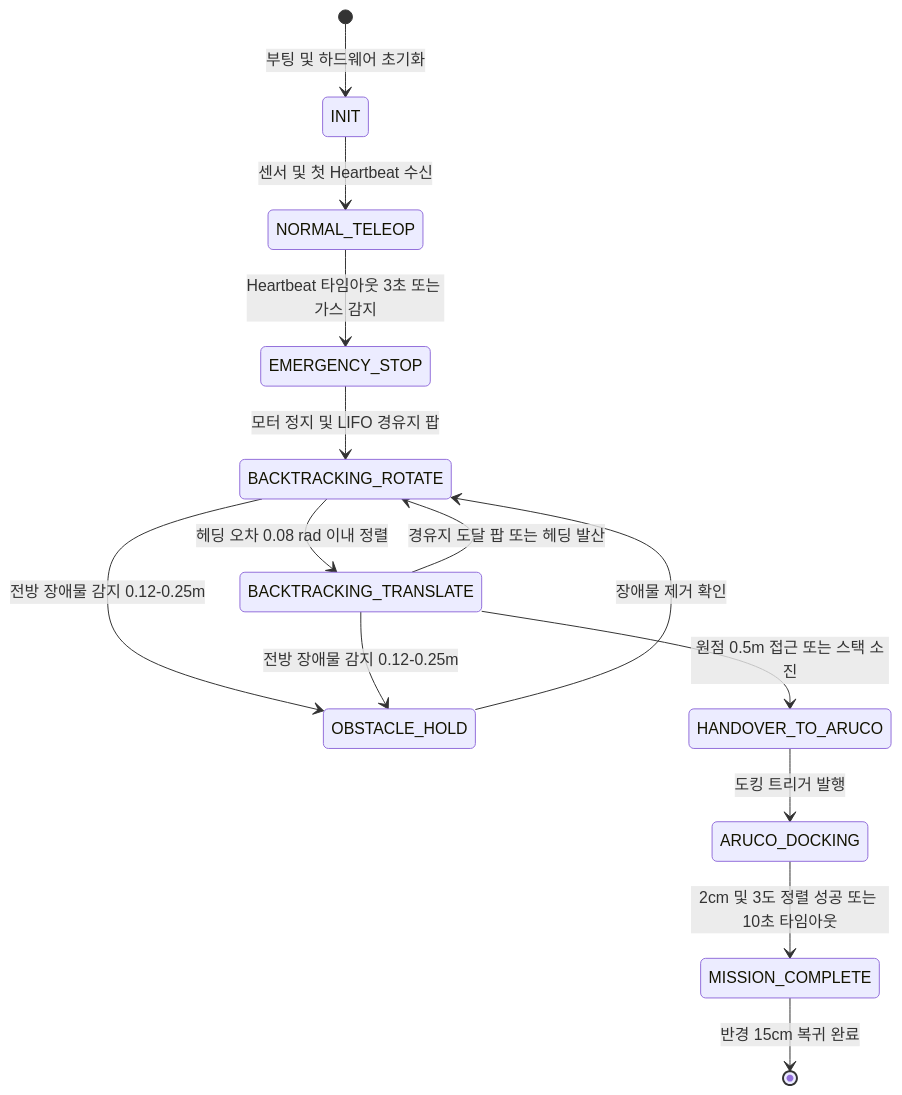
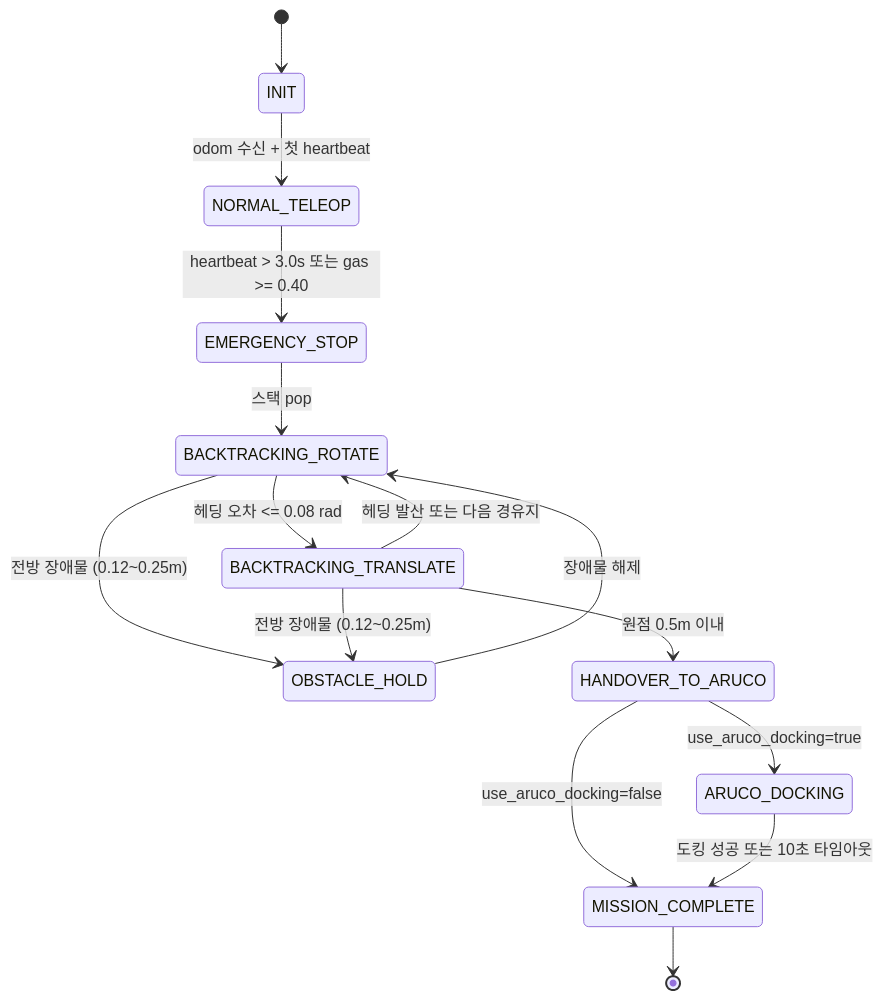
One commit to rjw136-lab/disaster_recovery_ws changed the second of 2 diagrams in docs/DISASTER_RECOVERY_GUIDEBOOK.md. Above: the diagram before and after it, drawn with Mermaid. The commit also changed other lines of this file, not shown here.

Commit message:
fix(docs): Restore valid MathJax block delimiters and clean Mermaid flowcharts

````diff
--- a/docs/DISASTER_RECOVERY_GUIDEBOOK.md
+++ b/docs/DISASTER_RECOVERY_GUIDEBOOK.md
@@ -115,16 +105,17 @@
 ```mermaid
 stateDiagram-v2
-    [*] --> INIT: 부팅 및 하드웨어 초기화
-    INIT --> NORMAL_TELEOP: 센서 및 첫 Heartbeat 수신
-    NORMAL_TELEOP --> EMERGENCY_STOP: Heartbeat 타임아웃 3초 또는 가스 감지
-    EMERGENCY_STOP --> BACKTRACKING_ROTATE: 모터 정지 및 LIFO 경유지 팝
-    BACKTRACKING_ROTATE --> BACKTRACKING_TRANSLATE: 헤딩 오차 0.08 rad 이내 정렬
-    BACKTRACKING_TRANSLATE --> BACKTRACKING_ROTATE: 경유지 도달 팝 또는 헤딩 발산
-    BACKTRACKING_ROTATE --> OBSTACLE_HOLD: 전방 장애물 감지 0.12-0.25m
-    BACKTRACKING_TRANSLATE --> OBSTACLE_HOLD: 전방 장애물 감지 0.12-0.25m
-    OBSTACLE_HOLD --> BACKTRACKING_ROTATE: 장애물 제거 확인
-    BACKTRACKING_TRANSLATE --> HANDOVER_TO_ARUCO: 원점 0.5m 접근 또는 스택 소진
-    HANDOVER_TO_ARUCO --> ARUCO_DOCKING: 도킹 트리거 발행
-    ARUCO_DOCKING --> MISSION_COMPLETE: 2cm 및 3도 정렬 성공 또는 10초 타임아웃
-    MISSION_COMPLETE --> [*]: 반경 15cm 복귀 완료
+    [*] --> INIT
+    INIT --> NORMAL_TELEOP: odom 수신 + 첫 heartbeat
+    NORMAL_TELEOP --> EMERGENCY_STOP: heartbeat > 3.0s 또는 gas >= 0.40
+    EMERGENCY_STOP --> BACKTRACKING_ROTATE: 스택 pop
+    BACKTRACKING_ROTATE --> BACKTRACKING_TRANSLATE: 헤딩 오차 <= 0.08 rad
+    BACKTRACKING_TRANSLATE --> BACKTRACKING_ROTATE: 헤딩 발산 또는 다음 경유지
+    BACKTRACKING_ROTATE --> OBSTACLE_HOLD: 전방 장애물 (0.12~0.25m)
+    BACKTRACKING_TRANSLATE --> OBSTACLE_HOLD: 전방 장애물 (0.12~0.25m)
+    OBSTACLE_HOLD --> BACKTRACKING_ROTATE: 장애물 해제
+    BACKTRACKING_TRANSLATE --> HANDOVER_TO_ARUCO: 원점 0.5m 이내
+    HANDOVER_TO_ARUCO --> ARUCO_DOCKING: use_aruco_docking=true
+    HANDOVER_TO_ARUCO --> MISSION_COMPLETE: use_aruco_docking=false
+    ARUCO_DOCKING --> MISSION_COMPLETE: 도킹 성공 또는 10초 타임아웃
+    MISSION_COMPLETE --> [*]
 ```
````
